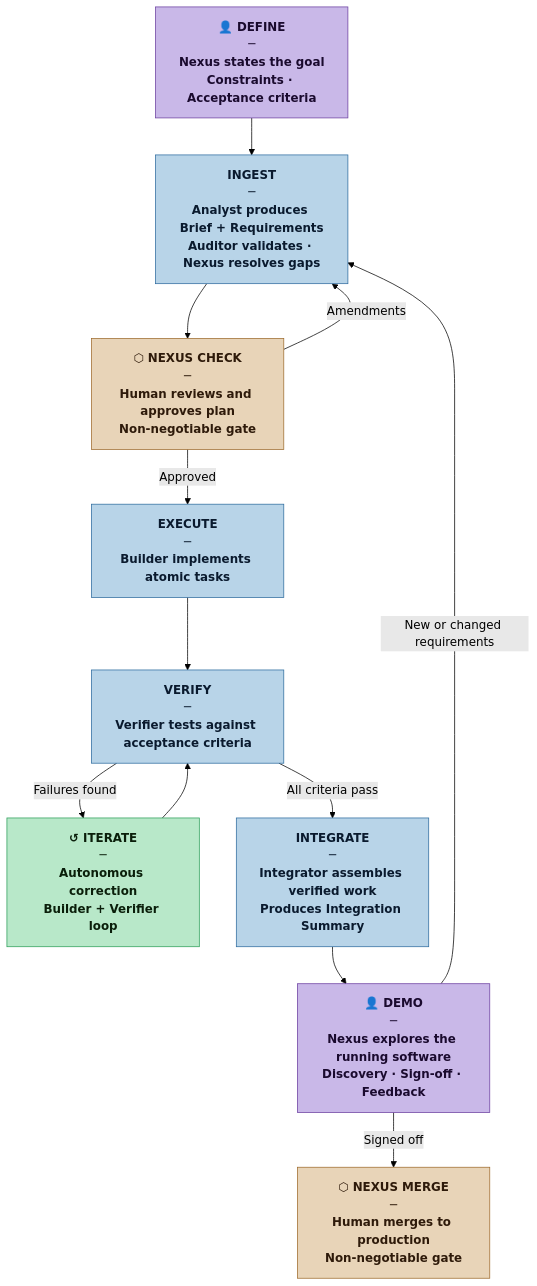
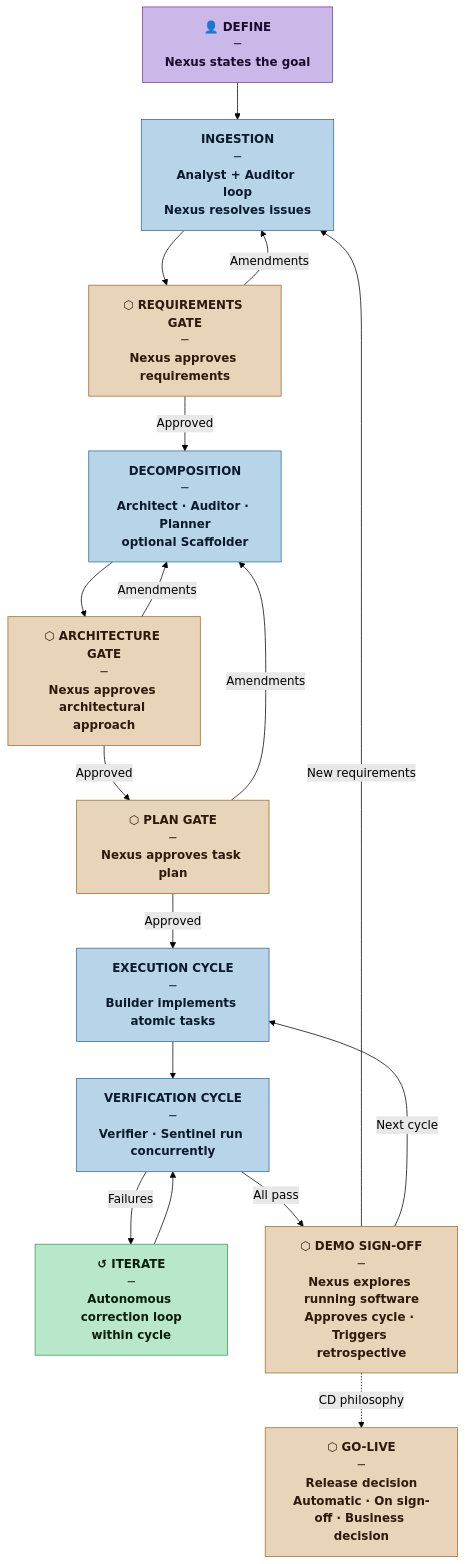
Before and after one commit to loskylp/Nexus-SDLC: the diagram in RATIONALE.md, drawn with Mermaid (forest theme). The commit also changed other lines of this file, not shown here.

````diff
--- a/RATIONALE.md
+++ b/RATIONALE.md
@@ -86,29 +98,36 @@
 ```mermaid
 flowchart TD
     classDef nexus fill:#c9b8e8,stroke:#6b3fa0,color:#1a0a2e,font-weight:bold
     classDef phase fill:#b8d4e8,stroke:#2d6b9e,color:#0a1a2e,font-weight:bold
     classDef gate  fill:#e8d4b8,stroke:#9e6b2d,color:#2e1a0a,font-weight:bold
     classDef loop  fill:#b8e8c9,stroke:#2d9e5a,color:#0a1e0a,font-weight:bold
 
-    DEFINE["👤 DEFINE<br/>─<br/>Nexus states the goal<br/>Constraints · Acceptance criteria"]:::nexus
-    INGEST["INGEST<br/>─<br/>Analyst produces Brief + Requirements<br/>Auditor validates · Nexus resolves gaps"]:::phase
-    NC["⬡ NEXUS CHECK<br/>─<br/>Human reviews and approves plan<br/>Non-negotiable gate"]:::gate
-    EXECUTE["EXECUTE<br/>─<br/>Builder implements atomic tasks"]:::phase
-    VERIFY["VERIFY<br/>─<br/>Verifier tests against acceptance criteria"]:::phase
-    ITERATE["↺ ITERATE<br/>─<br/>Autonomous correction<br/>Builder + Verifier loop"]:::loop
-    INTEGRATE["INTEGRATE<br/>─<br/>Integrator assembles verified work<br/>Produces Integration Summary"]:::phase
-    DEMO["👤 DEMO<br/>─<br/>Nexus explores the running software<br/>Discovery · Sign-off · Feedback"]:::nexus
-    NM["⬡ NEXUS MERGE<br/>─<br/>Human merges to production<br/>Non-negotiable gate"]:::gate
+    DEFINE["👤 DEFINE<br/>─<br/>Nexus states the goal"]:::nexus
+    INGEST["INGESTION<br/>─<br/>Analyst + Auditor loop<br/>Nexus resolves issues"]:::phase
+    RG["⬡ REQUIREMENTS GATE<br/>─<br/>Nexus approves requirements"]:::gate
+    DECOMP["DECOMPOSITION<br/>─<br/>Architect · Auditor · Planner<br/>optional Scaffolder"]:::phase
+    AG["⬡ ARCHITECTURE GATE<br/>─<br/>Nexus approves architectural approach"]:::gate
+    PG["⬡ PLAN GATE<br/>─<br/>Nexus approves task plan"]:::gate
+    EXEC["EXECUTION CYCLE<br/>─<br/>Builder implements atomic tasks"]:::phase
+    VERIFY["VERIFICATION CYCLE<br/>─<br/>Verifier · Sentinel run concurrently"]:::phase
+    ITERATE["↺ ITERATE<br/>─<br/>Autonomous correction loop<br/>within cycle"]:::loop
+    DS["⬡ DEMO SIGN-OFF<br/>─<br/>Nexus explores running software<br/>Approves cycle · Triggers retrospective"]:::gate
+    GL["⬡ GO-LIVE<br/>─<br/>Release decision<br/>Automatic · On sign-off · Business decision"]:::gate
 
-    DEFINE    --> INGEST
-    INGEST    --> NC
-    NC        -->|"Approved"| EXECUTE
-    NC        -->|"Amendments"| INGEST
-    EXECUTE   --> VERIFY
-    VERIFY    -->|"All criteria pass"| INTEGRATE
-    VERIFY    -->|"Failures found"| ITERATE
-    ITERATE   --> VERIFY
-    INTEGRATE --> DEMO
-    DEMO      -->|"Signed off"| NM
-    DEMO      -->|"New or changed requirements"| INGEST
+    DEFINE  --> INGEST
+    INGEST  --> RG
+    RG      -->|"Amendments"| INGEST
+    RG      -->|"Approved"| DECOMP
+    DECOMP  --> AG
+    AG      -->|"Amendments"| DECOMP
+    AG      -->|"Approved"| PG
+    PG      -->|"Amendments"| DECOMP
+    PG      -->|"Approved"| EXEC
+    EXEC    --> VERIFY
+    VERIFY  -->|"Failures"| ITERATE
+    ITERATE --> VERIFY
+    VERIFY  -->|"All pass"| DS
+    DS      -->|"New requirements"| INGEST
+    DS      -->|"Next cycle"| EXEC
+    DS      -.->|"CD philosophy"| GL
 ```
````
